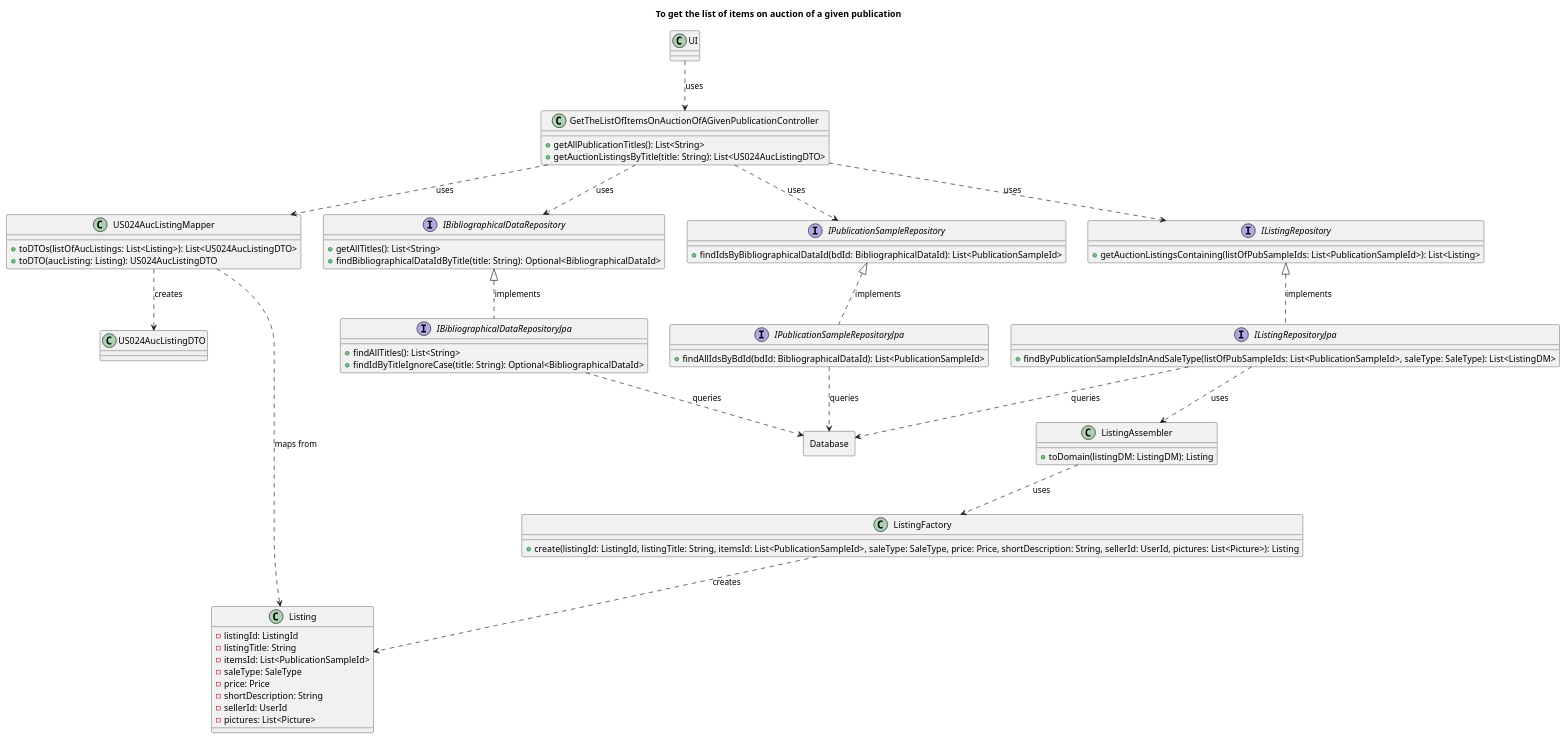
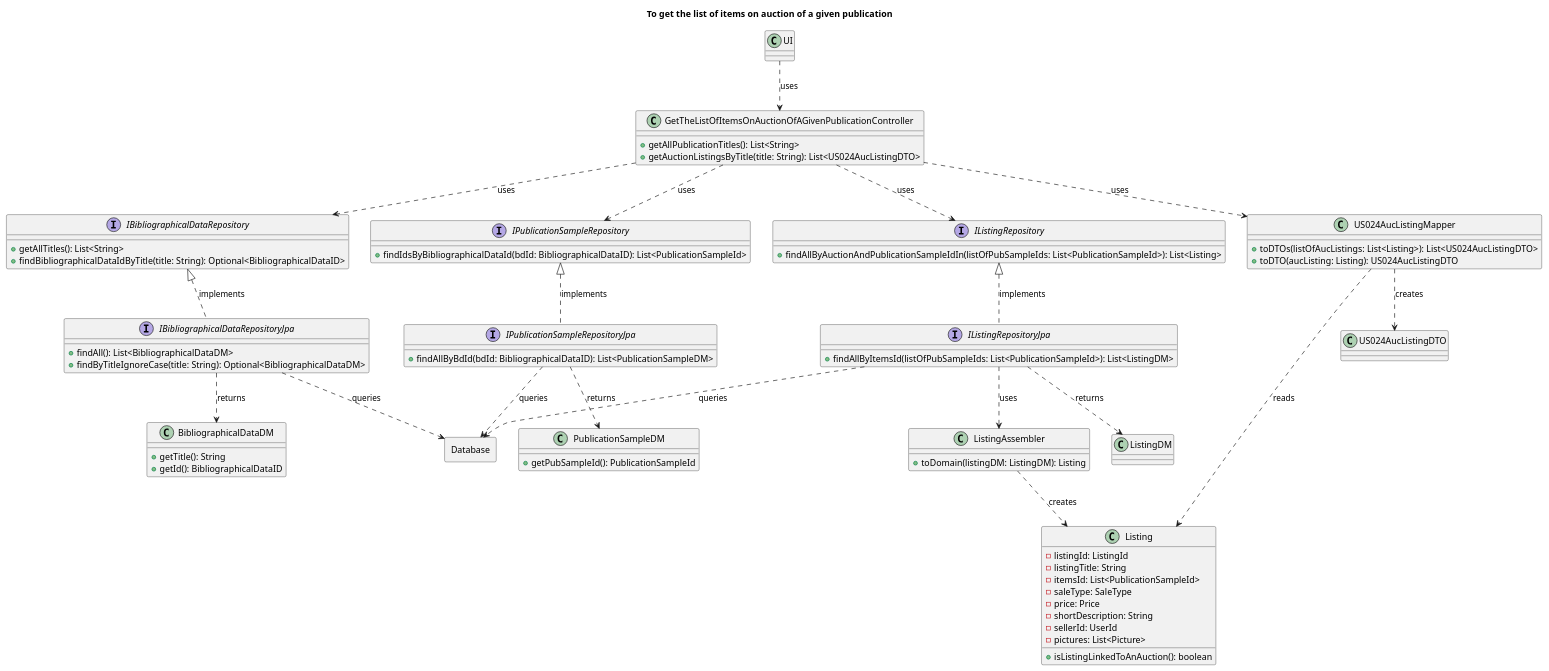
The diagram in Diagrams/ClassDiagrams/To-get-the-list-of-items-on-auction-of-a-given-publication.puml (AndrePereiraGitH/SWitCH-Project-Team_A), drawn with PlantUML before and after one commit. The commit also changed 5 other files, not shown here.

```diff
--- a/Diagrams/ClassDiagrams/To-get-the-list-of-items-on-auction-of-a-given-publication.puml
+++ b/Diagrams/ClassDiagrams/To-get-the-list-of-items-on-auction-of-a-given-publication.puml
@@ -1,97 +1,109 @@
 @startuml
 
 title To get the list of items on auction of a given publication
 
 ' ── UI Layer ───────────────────────────────────────────────
 class UI {
 }
 
 ' ── Application Layer ──────────────────────────────────────
 class GetTheListOfItemsOnAuctionOfAGivenPublicationController {
   +getAllPublicationTitles(): List<String>
   +getAuctionListingsByTitle(title: String): List<US024AucListingDTO>
 }
 
 class US024AucListingMapper {
   +toDTOs(listOfAucListings: List<Listing>): List<US024AucListingDTO>
   +toDTO(aucListing: Listing): US024AucListingDTO
 }
 
 class US024AucListingDTO {
 }
 
 ' ── Domain Layer ───────────────────────────────────────────
 interface IBibliographicalDataRepository {
   +getAllTitles(): List<String>
-  +findBibliographicalDataIdByTitle(title: String): Optional<BibliographicalDataId>
+  +findBibliographicalDataIdByTitle(title: String): Optional<BibliographicalDataID>
 }
 
 interface IPublicationSampleRepository {
-  +findIdsByBibliographicalDataId(bdId: BibliographicalDataId): List<PublicationSampleId>
+  +findIdsByBibliographicalDataId(bdId: BibliographicalDataID): List<PublicationSampleId>
 }
 
 interface IListingRepository {
-  +getAuctionListingsContaining(listOfPubSampleIds: List<PublicationSampleId>): List<Listing>
+  +findAllByAuctionAndPublicationSampleIdIn(listOfPubSampleIds: List<PublicationSampleId>): List<Listing>
 }
 
 class Listing {
   -listingId: ListingId
   -listingTitle: String
   -itemsId: List<PublicationSampleId>
   -saleType: SaleType
   -price: Price
   -shortDescription: String
   -sellerId: UserId
   -pictures: List<Picture>
+  +isListingLinkedToAnAuction(): boolean
 }
 
 ' ── Infrastructure Layer ───────────────────────────────────
 interface IBibliographicalDataRepositoryJpa {
-  +findAllTitles(): List<String>
-  +findIdByTitleIgnoreCase(title: String): Optional<BibliographicalDataId>
+  +findAll(): List<BibliographicalDataDM>
+  +findByTitleIgnoreCase(title: String): Optional<BibliographicalDataDM>
 }
 
 interface IPublicationSampleRepositoryJpa {
-  +findAllIdsByBdId(bdId: BibliographicalDataId): List<PublicationSampleId>
+  +findAllByBdId(bdId: BibliographicalDataID): List<PublicationSampleDM>
 }
 
 interface IListingRepositoryJpa {
-  +findByPublicationSampleIdsInAndSaleType(listOfPubSampleIds: List<PublicationSampleId>, saleType: SaleType): List<ListingDM>
+  +findAllByItemsId(listOfPubSampleIds: List<PublicationSampleId>): List<ListingDM>
 }
 
 class ListingAssembler {
   +toDomain(listingDM: ListingDM): Listing
 }
 
-class ListingFactory {
-  +create(listingId: ListingId, listingTitle: String, itemsId: List<PublicationSampleId>, saleType: SaleType, price: Price, shortDescription: String, sellerId: UserId, pictures: List<Picture>): Listing
+class BibliographicalDataDM {
+  +getTitle(): String
+  +getId(): BibliographicalDataID
+}
+
+class PublicationSampleDM {
+  +getPubSampleId(): PublicationSampleId
+}
+
+class ListingDM {
 }
 
 rectangle Database {
 }
 
 ' ── Relationships ──────────────────────────────────────────
 
 UI ..> GetTheListOfItemsOnAuctionOfAGivenPublicationController : uses
 
 GetTheListOfItemsOnAuctionOfAGivenPublicationController ..> IBibliographicalDataRepository : uses
 GetTheListOfItemsOnAuctionOfAGivenPublicationController ..> IPublicationSampleRepository : uses
 GetTheListOfItemsOnAuctionOfAGivenPublicationController ..> IListingRepository : uses
 GetTheListOfItemsOnAuctionOfAGivenPublicationController ..> US024AucListingMapper : uses
 
 IBibliographicalDataRepository <|.. IBibliographicalDataRepositoryJpa : implements
 IPublicationSampleRepository <|.. IPublicationSampleRepositoryJpa : implements
 IListingRepository <|.. IListingRepositoryJpa : implements
 
+IBibliographicalDataRepositoryJpa ..> BibliographicalDataDM : returns
+IPublicationSampleRepositoryJpa ..> PublicationSampleDM : returns
+IListingRepositoryJpa ..> ListingDM : returns
+
 IListingRepositoryJpa ..> ListingAssembler : uses
-ListingAssembler ..> ListingFactory : uses
-ListingFactory ..> Listing : creates
+ListingAssembler ..> Listing : creates
 
 IBibliographicalDataRepositoryJpa ..> Database : queries
 IPublicationSampleRepositoryJpa ..> Database : queries
 IListingRepositoryJpa ..> Database : queries
 
-US024AucListingMapper ..> Listing : maps from
+US024AucListingMapper ..> Listing : reads
 US024AucListingMapper ..> US024AucListingDTO : creates
 
 @enduml
```
